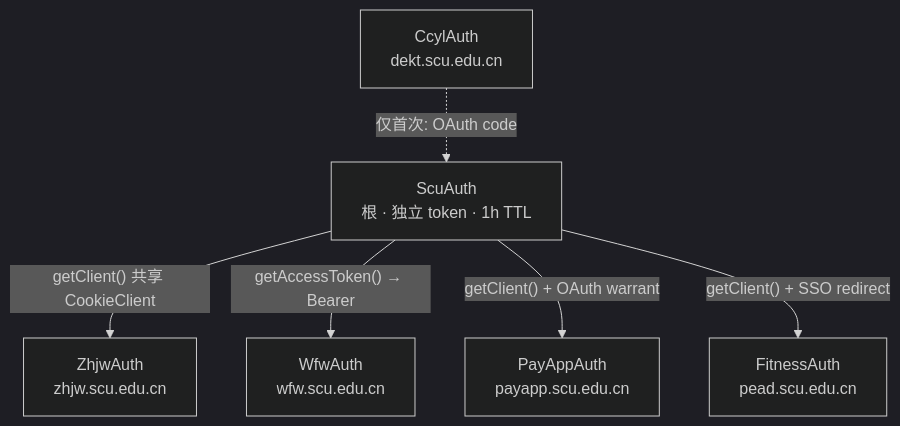
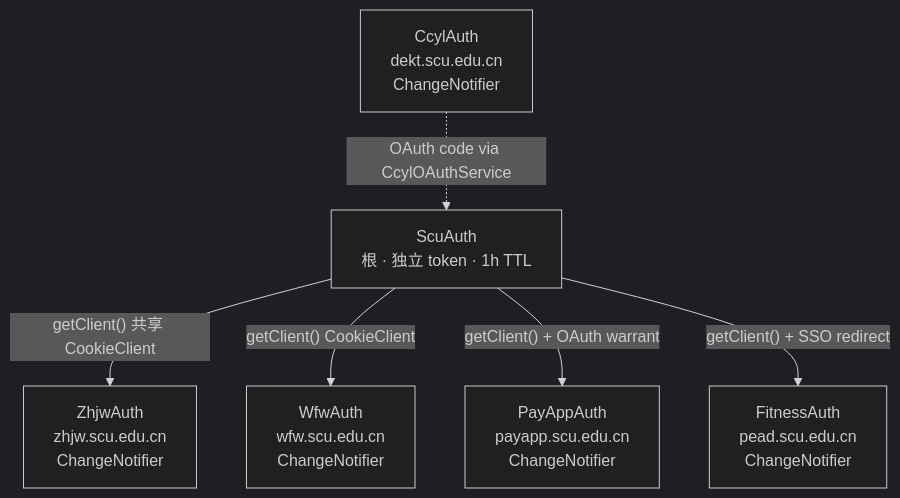
Before and after one commit to oldplum/Bugaoshan: the third of 8 diagrams in docs/decisions/auth-architecture.md, drawn with Mermaid (dark theme). The commit also changed other lines of this file, not shown here.

Commit message:
docs: rewrite auth-architecture.md with reactive notification chain

````diff
--- a/docs/decisions/auth-architecture.md
+++ b/docs/decisions/auth-architecture.md
@@ -70,16 +124,16 @@
 ```mermaid
 graph TD
     SCU["ScuAuth<br/>根 · 独立 token · 1h TTL"]
 
-    ZHJW["ZhjwAuth<br/>zhjw.scu.edu.cn"]
-    WFW["WfwAuth<br/>wfw.scu.edu.cn"]
-    PAY["PayAppAuth<br/>payapp.scu.edu.cn"]
-    FIT["FitnessAuth<br/>pead.scu.edu.cn"]
-    CCYL["CcylAuth<br/>dekt.scu.edu.cn"]
+    ZHJW["ZhjwAuth<br/>zhjw.scu.edu.cn<br/>ChangeNotifier"]
+    WFW["WfwAuth<br/>wfw.scu.edu.cn<br/>ChangeNotifier"]
+    PAY["PayAppAuth<br/>payapp.scu.edu.cn<br/>ChangeNotifier"]
+    FIT["FitnessAuth<br/>pead.scu.edu.cn<br/>ChangeNotifier"]
+    CCYL["CcylAuth<br/>dekt.scu.edu.cn<br/>ChangeNotifier"]
 
     SCU -->|"getClient() 共享 CookieClient"| ZHJW
-    SCU -->|"getAccessToken() → Bearer"| WFW
+    SCU -->|"getClient() CookieClient"| WFW
     SCU -->|"getClient() + OAuth warrant"| PAY
     SCU -->|"getClient() + SSO redirect"| FIT
-    CCYL -.->|"仅首次: OAuth code"| SCU
+    CCYL -.->|"OAuth code via CcylOAuthService"| SCU
 ```
````
